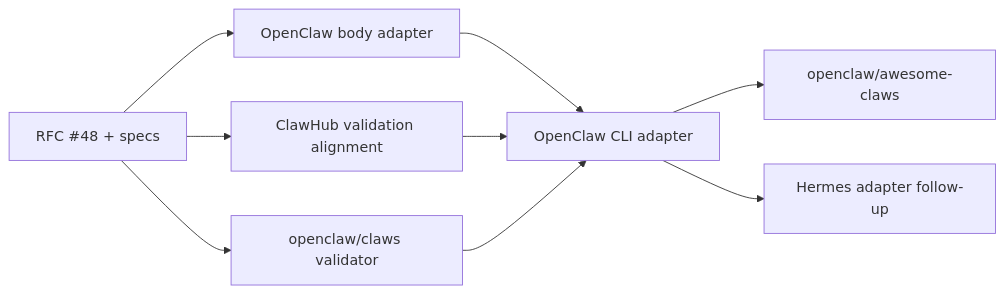
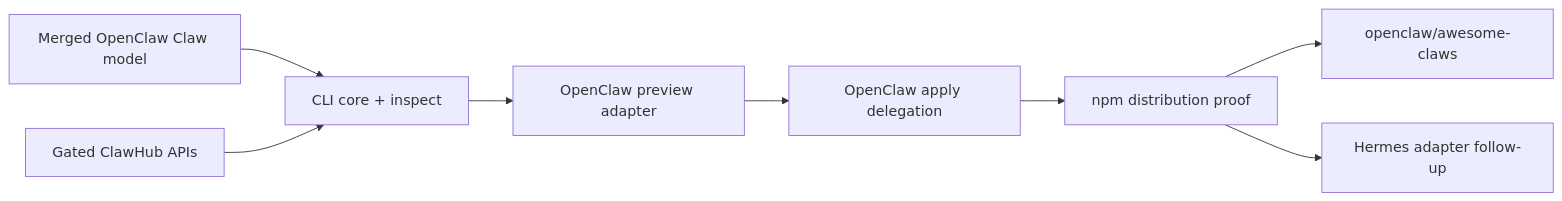
One commit to giodl73-repo/claws changed the diagram in projects/claws/portable-standard-pr-plan.md. Above: the diagram before and after it, drawn with Mermaid. The commit also changed other lines of this file and 1 other file, not shown here.

Commit message:
docs(claws): focus standalone CLI plan

````diff
--- a/projects/claws/portable-standard-pr-plan.md
+++ b/projects/claws/portable-standard-pr-plan.md
@@ -93,11 +113,10 @@
 ```mermaid
 flowchart LR
-  RFC["RFC #48 + specs"] --> OC["OpenClaw body adapter"]
-  RFC --> CH["ClawHub validation alignment"]
-  RFC --> CLI["openclaw/claws validator"]
-  OC --> CLIAdapter["OpenClaw CLI adapter"]
-  CH --> CLIAdapter
-  CLI --> CLIAdapter
-  CLIAdapter --> Awesome["openclaw/awesome-claws"]
-  CLIAdapter --> Hermes["Hermes adapter follow-up"]
+  Current["Merged OpenClaw Claw model"] --> Core["CLI core + inspect"]
+  ClawHub["Gated ClawHub APIs"] --> Core
+  Core --> Preview["OpenClaw preview adapter"]
+  Preview --> Apply["OpenClaw apply delegation"]
+  Apply --> Publish["npm distribution proof"]
+  Publish --> Awesome["openclaw/awesome-claws"]
+  Publish --> Hermes["Hermes adapter follow-up"]
 ```
````
